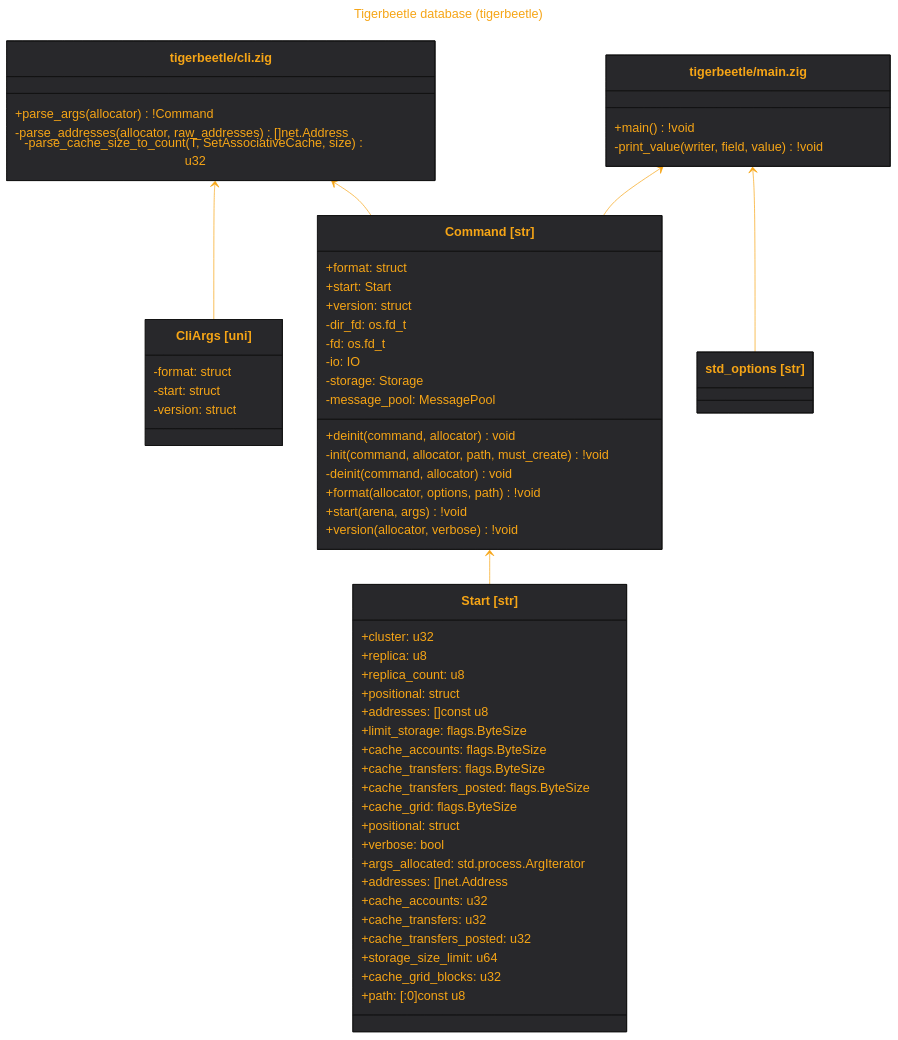
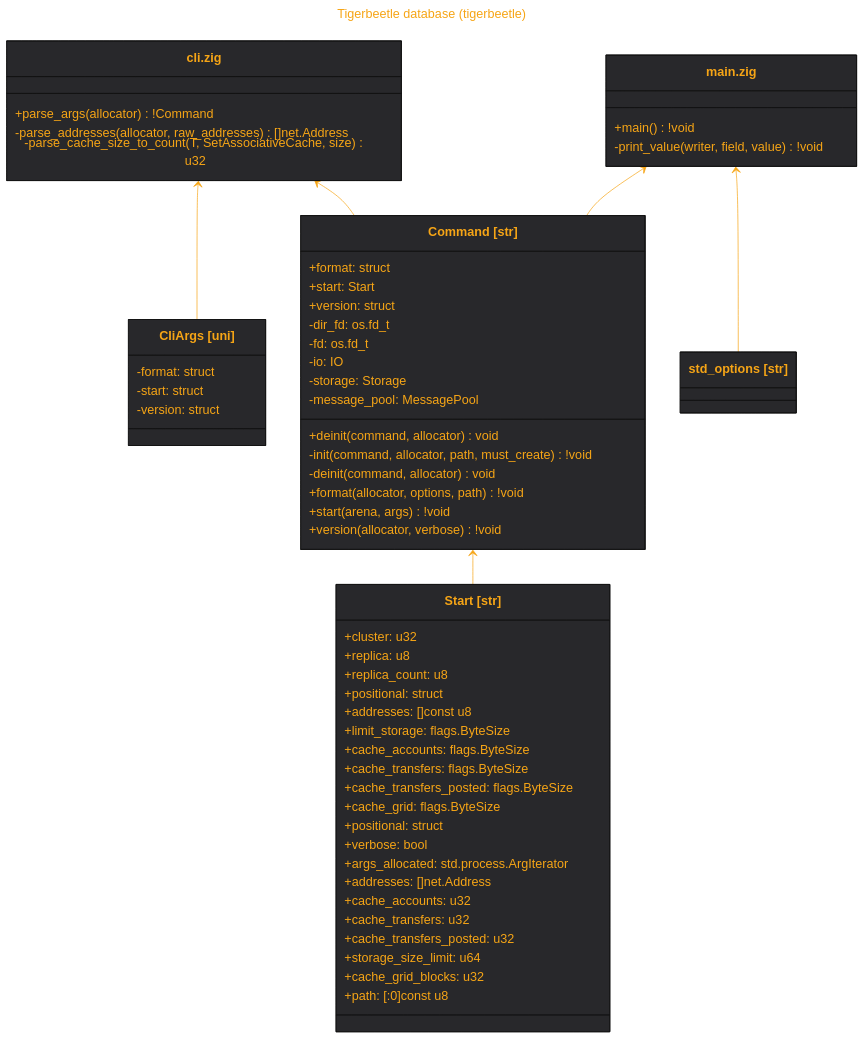
The diagram in out/src.tigerbeetle.md (tensorush/meduza), drawn with Mermaid before and after one commit. The commit also changed 21 other files, not shown here.

````diff
--- a/out/src.tigerbeetle.md
+++ b/out/src.tigerbeetle.md
@@ -52,14 +52,14 @@
 }
 Command <-- Start
 link Command "https://github.com/tigerbeetle/tigerbeetle/blob/main/src/tigerbeetle/cli.zig#L122"
-class `tigerbeetle/cli.zig` {
+class `cli.zig` {
     +parse_args(allocator) !Command
     -parse_addresses(allocator, raw_addresses) []net.Address
     -parse_cache_size_to_count(T, SetAssociativeCache, size) u32
 }
-`tigerbeetle/cli.zig` <-- CliArgs
-`tigerbeetle/cli.zig` <-- Command
-link `tigerbeetle/cli.zig` "https://github.com/tigerbeetle/tigerbeetle/blob/main/src/tigerbeetle/cli.zig"
+`cli.zig` <-- CliArgs
+`cli.zig` <-- Command
+link `cli.zig` "https://github.com/tigerbeetle/tigerbeetle/blob/main/src/tigerbeetle/cli.zig"
 class std_options["std_options [str]"]
 link std_options "https://github.com/tigerbeetle/tigerbeetle/blob/main/src/tigerbeetle/main.zig#L34"
 class Command["Command [str]"] {
@@ -75,11 +75,11 @@
     +version(allocator, verbose) !void
 }
 link Command "https://github.com/tigerbeetle/tigerbeetle/blob/main/src/tigerbeetle/main.zig#L66"
-class `tigerbeetle/main.zig` {
+class `main.zig` {
     +main() !void
     -print_value(writer, field, value) !void
 }
-`tigerbeetle/main.zig` <-- std_options
-`tigerbeetle/main.zig` <-- Command
-link `tigerbeetle/main.zig` "https://github.com/tigerbeetle/tigerbeetle/blob/main/src/tigerbeetle/main.zig"
+`main.zig` <-- std_options
+`main.zig` <-- Command
+link `main.zig` "https://github.com/tigerbeetle/tigerbeetle/blob/main/src/tigerbeetle/main.zig"
 ```
````
